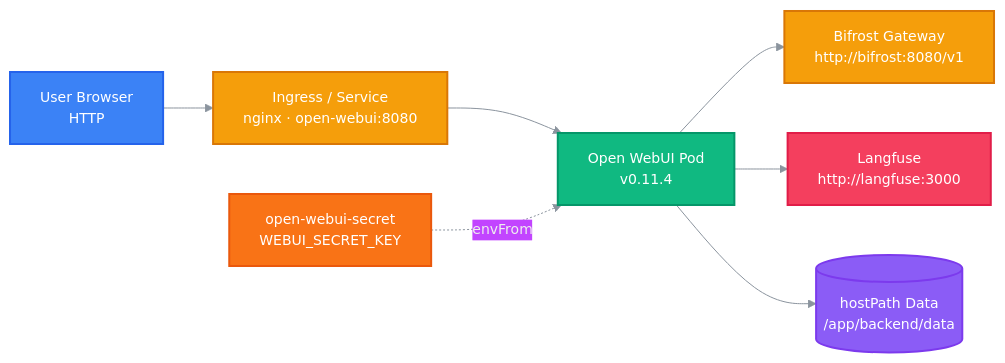
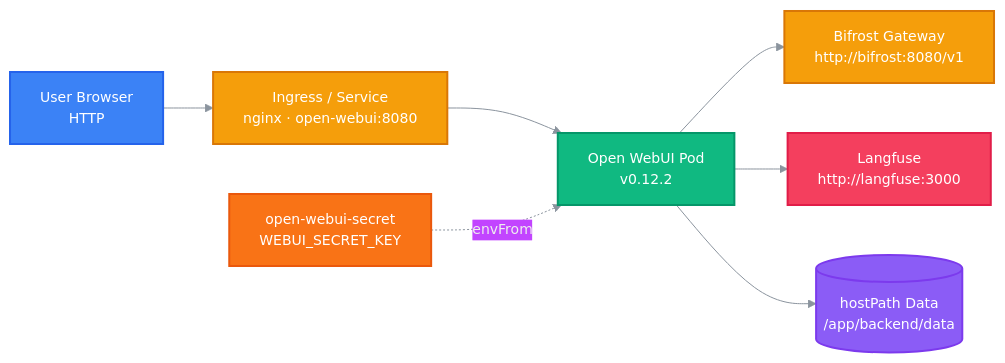
One commit to kairosys/open-webui changed the diagram in README.md. Above: the diagram before and after it, drawn with Mermaid. The commit also changed other lines of this file and 2 other files, not shown here.

Commit message:
chore: update Open WebUI to v0.12.2

````diff
--- a/README.md
+++ b/README.md
@@ -92,32 +92,32 @@
 ```mermaid
 %%{init: {
   'theme': 'base',
   'themeVariables': {
     'fontSize': '14px',
     'darkMode': true,
     'lineColor': '#8B949E',
     'textColor': '#E6EDF3'
   }
 }}%%
 graph LR
     U[User Browser<br/>HTTP] --> I[Ingress / Service<br/>nginx · open-webui:8080]
-    I --> P[Open WebUI Pod<br/>v0.11.4]
+    I --> P[Open WebUI Pod<br/>v0.12.2]
     P --> B[Bifrost Gateway<br/>http://bifrost:8080/v1]
     P --> L[Langfuse<br/>http://langfuse:3000]
     P --> D[(hostPath Data<br/>/app/backend/data)]
     SEC[open-webui-secret<br/>WEBUI_SECRET_KEY] -. envFrom .-> P
 
     classDef client fill:#3B82F6,stroke:#2563EB,color:#fff,stroke-width:2px
     classDef gateway fill:#F59E0B,stroke:#D97706,color:#fff,stroke-width:2px
     classDef service fill:#10B981,stroke:#059669,color:#fff,stroke-width:2px
     classDef data fill:#8B5CF6,stroke:#7C3AED,color:#fff,stroke-width:2px
     classDef external fill:#F43F5E,stroke:#E11D48,color:#fff,stroke-width:2px
     classDef auth fill:#F97316,stroke:#EA580C,color:#fff,stroke-width:2px
 
     class U client
     class I,B gateway
     class P service
     class D data
     class L external
     class SEC auth
 ```
````
